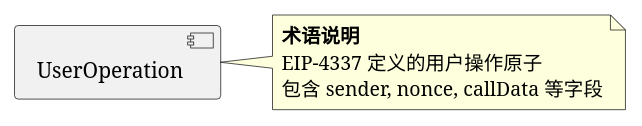
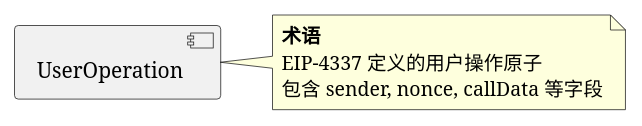
Before and after one commit to iampkuhz/openspec-research-blockchain: the first of 6 diagrams in harness/rules/diagrams/annotation-rules.md, drawn with PlantUML. The commit also changed other lines of this file and 12 other files, not shown here.

Commit message:
优化 diagram 质量规则

````diff
--- a/harness/rules/diagrams/annotation-rules.md
+++ b/harness/rules/diagrams/annotation-rules.md
@@ -14,8 +49,8 @@
 ```plantuml
 component "UserOperation" as UO
 note right of UO
-  <b>术语说明</b>
+  <b>术语</b>
   EIP-4337 定义的用户操作原子
   包含 sender, nonce, callData 等字段
 end note
 ```
````
